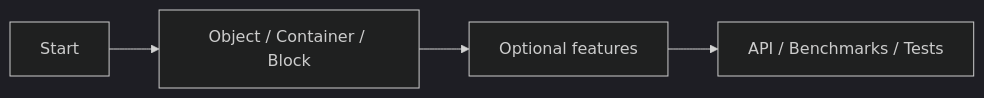
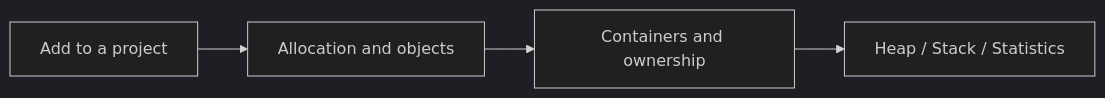
The diagram in docs/README.md (dugan-dev/UniMemory), drawn with Mermaid (dark theme) before and after one commit. The commit also changed other lines of this file and 44 other files, not shown here.

````diff
--- a/docs/README.md
+++ b/docs/README.md
@@ -7,6 +7,6 @@
 ```mermaid
 flowchart LR
-    A[Start] --> B[Object / Container / Block]
-    B --> C[Optional features]
-    C --> D[API / Benchmarks / Tests]
+    A[Add to a project] --> B[Allocation and objects]
+    B --> C[Containers and ownership]
+    C --> D[Heap / Stack / Statistics]
 ```
````
